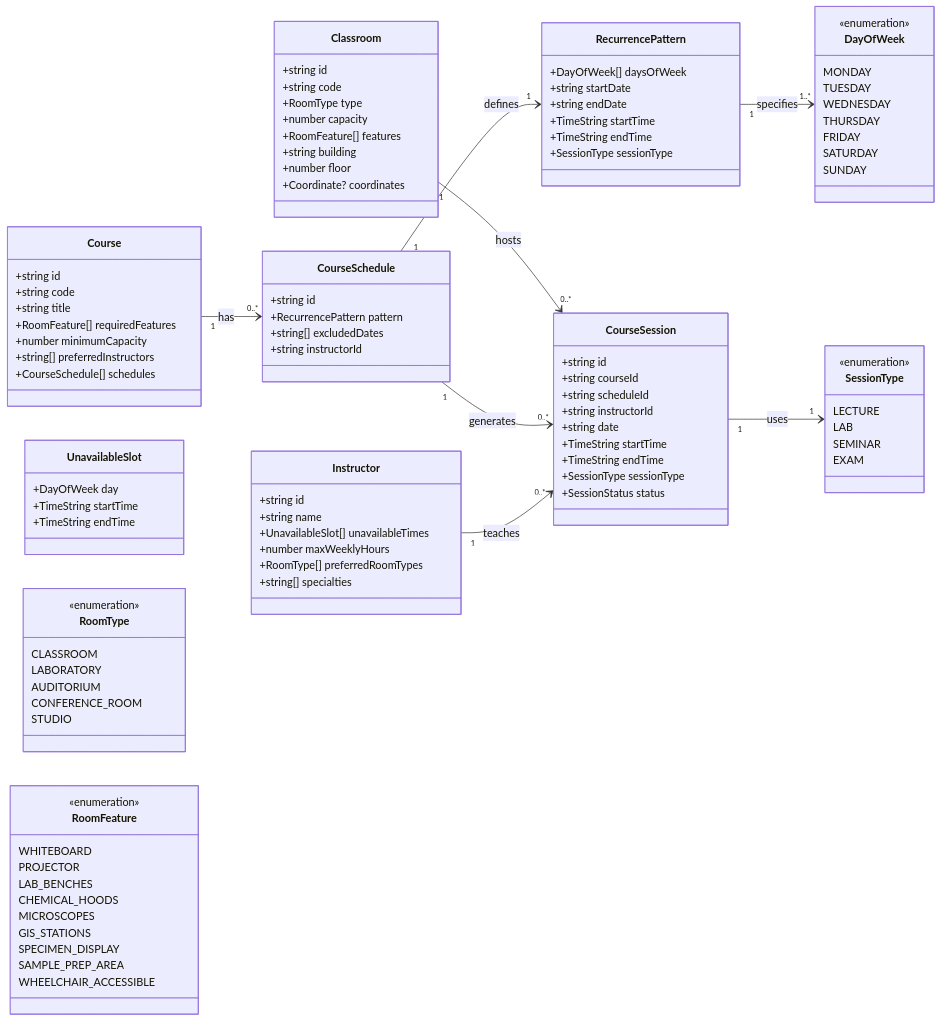
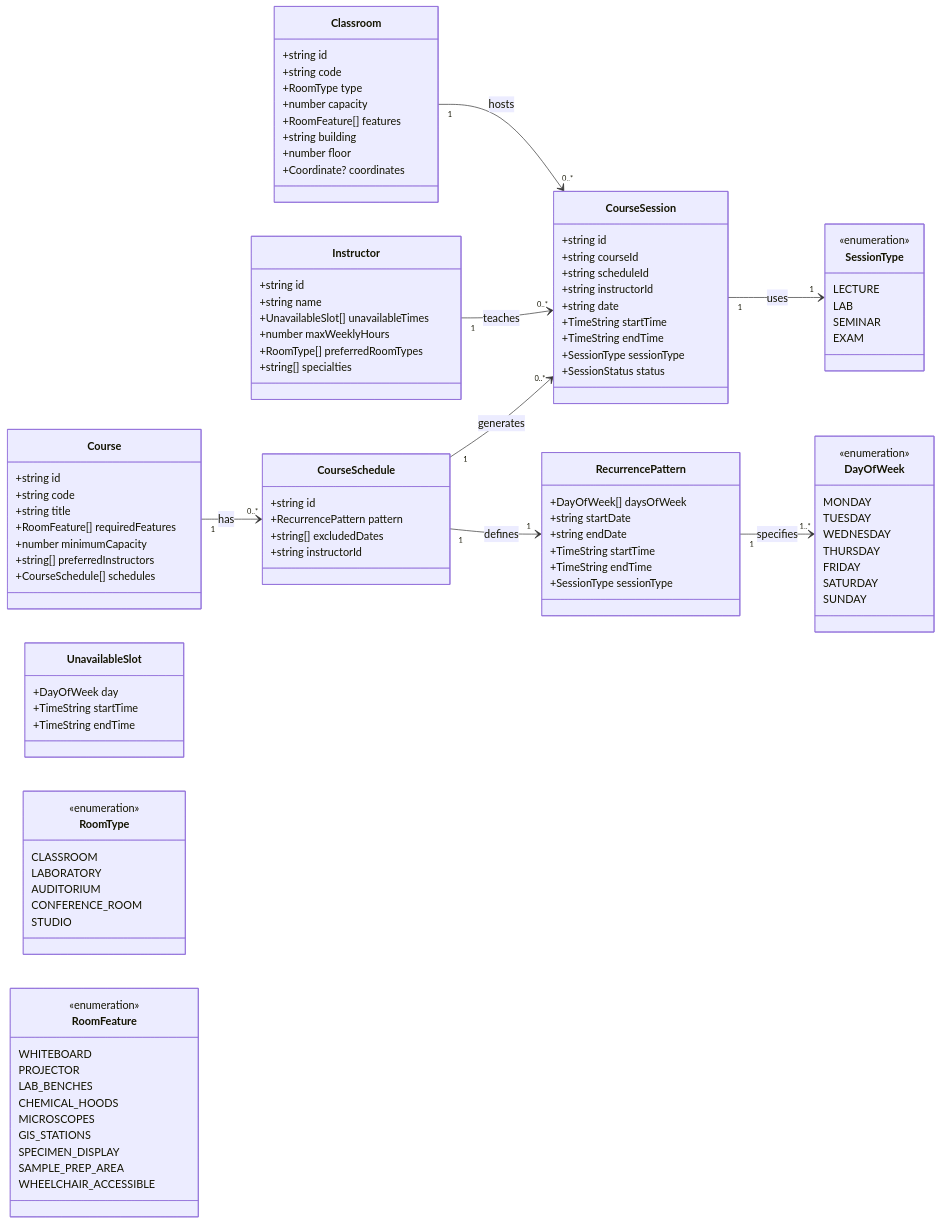
One commit to derekjwilliams/scheduling_resources changed the diagram in README.md. Above: the diagram before and after it, drawn with Mermaid. The commit also changed other lines of this file, not shown here.

Commit message:
update mermaid diagram

```diff
--- a/README.md
+++ b/README.md
@@ -97,10 +97,10 @@
     }
 
     Classroom "1" --> "0..*" CourseSession : hosts
+    Instructor "1" --> "0..*" CourseSession : teaches
     Course "1" --> "0..*" CourseSchedule : has
+    CourseSchedule "1" --> "0..*" CourseSession : generates
     CourseSchedule "1" --> "1" RecurrencePattern : defines
-    CourseSchedule "1" --> "0..*" CourseSession : generates
-    Instructor "1" --> "0..*" CourseSession : teaches
     CourseSession "1" --> "1" SessionType : uses
     RecurrencePattern "1" --> "1..*" DayOfWeek : specifies
 
```
